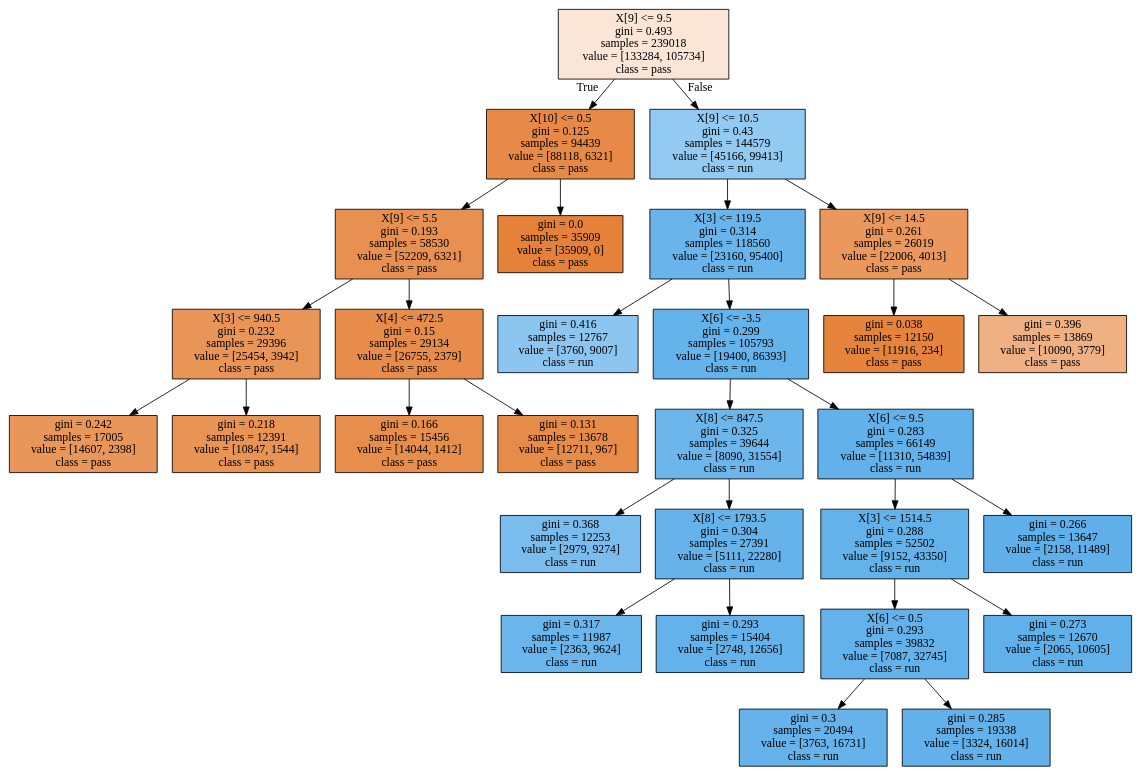
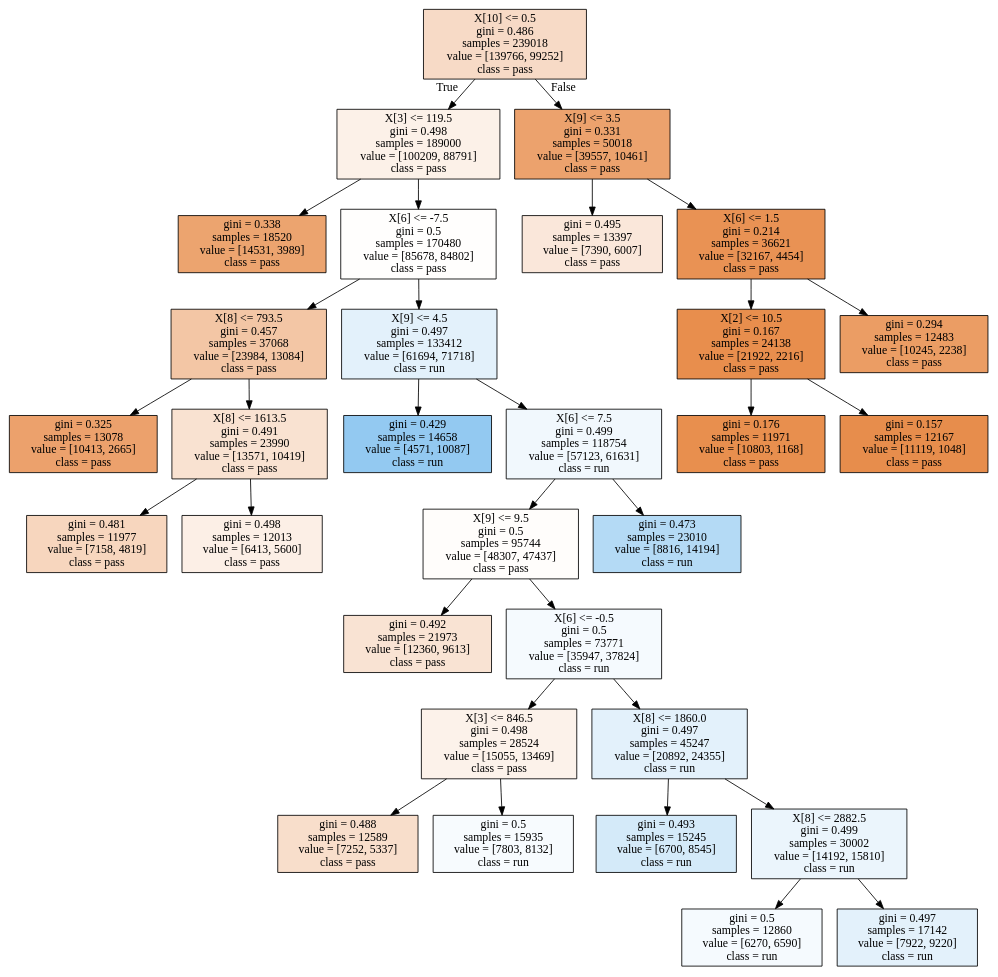
Before and after one commit to dclark87/team_project: the diagram in backend_src/notebooks/tree.dot, drawn with Graphviz. The commit also changed 2 other files, not shown here.

```diff
--- a/backend_src/notebooks/tree.dot
+++ b/backend_src/notebooks/tree.dot
@@ -1,60 +1,64 @@
 digraph Tree {
 node [shape=box, style="filled", color="black"] ;
-0 [label="X[9] <= 9.5\ngini = 0.493\nsamples = 239018\nvalue = [133284, 105734]\nclass = pass", fillcolor="#fae5d6"] ;
-1 [label="X[10] <= 0.5\ngini = 0.125\nsamples = 94439\nvalue = [88118, 6321]\nclass = pass", fillcolor="#e78a47"] ;
+0 [label="X[10] <= 0.5\ngini = 0.486\nsamples = 239018\nvalue = [139766, 99252]\nclass = pass", fillcolor="#f7dac6"] ;
+1 [label="X[3] <= 119.5\ngini = 0.498\nsamples = 189000\nvalue = [100209, 88791]\nclass = pass", fillcolor="#fcf1e8"] ;
 0 -> 1 [labeldistance=2.5, labelangle=45, headlabel="True"] ;
-2 [label="X[9] <= 5.5\ngini = 0.193\nsamples = 58530\nvalue = [52209, 6321]\nclass = pass", fillcolor="#e89051"] ;
+2 [label="gini = 0.338\nsamples = 18520\nvalue = [14531, 3989]\nclass = pass", fillcolor="#eca46f"] ;
 1 -> 2 ;
-3 [label="X[3] <= 940.5\ngini = 0.232\nsamples = 29396\nvalue = [25454, 3942]\nclass = pass", fillcolor="#e99558"] ;
-2 -> 3 ;
-4 [label="gini = 0.242\nsamples = 17005\nvalue = [14607, 2398]\nclass = pass", fillcolor="#e9965a"] ;
+3 [label="X[6] <= -7.5\ngini = 0.5\nsamples = 170480\nvalue = [85678, 84802]\nclass = pass", fillcolor="#fffefd"] ;
+1 -> 3 ;
+4 [label="X[8] <= 793.5\ngini = 0.457\nsamples = 37068\nvalue = [23984, 13084]\nclass = pass", fillcolor="#f3c6a5"] ;
 3 -> 4 ;
-5 [label="gini = 0.218\nsamples = 12391\nvalue = [10847, 1544]\nclass = pass", fillcolor="#e99355"] ;
-3 -> 5 ;
-6 [label="X[4] <= 472.5\ngini = 0.15\nsamples = 29134\nvalue = [26755, 2379]\nclass = pass", fillcolor="#e78c4b"] ;
-2 -> 6 ;
-7 [label="gini = 0.166\nsamples = 15456\nvalue = [14044, 1412]\nclass = pass", fillcolor="#e88e4d"] ;
+5 [label="gini = 0.325\nsamples = 13078\nvalue = [10413, 2665]\nclass = pass", fillcolor="#eca16c"] ;
+4 -> 5 ;
+6 [label="X[8] <= 1613.5\ngini = 0.491\nsamples = 23990\nvalue = [13571, 10419]\nclass = pass", fillcolor="#f9e2d1"] ;
+4 -> 6 ;
+7 [label="gini = 0.481\nsamples = 11977\nvalue = [7158, 4819]\nclass = pass", fillcolor="#f7d6be"] ;
 6 -> 7 ;
-8 [label="gini = 0.131\nsamples = 13678\nvalue = [12711, 967]\nclass = pass", fillcolor="#e78b48"] ;
+8 [label="gini = 0.498\nsamples = 12013\nvalue = [6413, 5600]\nclass = pass", fillcolor="#fcefe6"] ;
 6 -> 8 ;
-9 [label="gini = 0.0\nsamples = 35909\nvalue = [35909, 0]\nclass = pass", fillcolor="#e58139"] ;
-1 -> 9 ;
-10 [label="X[9] <= 10.5\ngini = 0.43\nsamples = 144579\nvalue = [45166, 99413]\nclass = run", fillcolor="#93caf1"] ;
-0 -> 10 [labeldistance=2.5, labelangle=-45, headlabel="False"] ;
-11 [label="X[3] <= 119.5\ngini = 0.314\nsamples = 118560\nvalue = [23160, 95400]\nclass = run", fillcolor="#69b5eb"] ;
-10 -> 11 ;
-12 [label="gini = 0.416\nsamples = 12767\nvalue = [3760, 9007]\nclass = run", fillcolor="#8cc6f0"] ;
+9 [label="X[9] <= 4.5\ngini = 0.497\nsamples = 133412\nvalue = [61694, 71718]\nclass = run", fillcolor="#e3f1fb"] ;
+3 -> 9 ;
+10 [label="gini = 0.429\nsamples = 14658\nvalue = [4571, 10087]\nclass = run", fillcolor="#93c9f1"] ;
+9 -> 10 ;
+11 [label="X[6] <= 7.5\ngini = 0.499\nsamples = 118754\nvalue = [57123, 61631]\nclass = run", fillcolor="#f1f8fd"] ;
+9 -> 11 ;
+12 [label="X[9] <= 9.5\ngini = 0.5\nsamples = 95744\nvalue = [48307, 47437]\nclass = pass", fillcolor="#fffdfb"] ;
 11 -> 12 ;
-13 [label="X[6] <= -3.5\ngini = 0.299\nsamples = 105793\nvalue = [19400, 86393]\nclass = run", fillcolor="#65b3eb"] ;
-11 -> 13 ;
-14 [label="X[8] <= 847.5\ngini = 0.325\nsamples = 39644\nvalue = [8090, 31554]\nclass = run", fillcolor="#6cb6ec"] ;
-13 -> 14 ;
-15 [label="gini = 0.368\nsamples = 12253\nvalue = [2979, 9274]\nclass = run", fillcolor="#79bced"] ;
+13 [label="gini = 0.492\nsamples = 21973\nvalue = [12360, 9613]\nclass = pass", fillcolor="#f9e3d3"] ;
+12 -> 13 ;
+14 [label="X[6] <= -0.5\ngini = 0.5\nsamples = 73771\nvalue = [35947, 37824]\nclass = run", fillcolor="#f5fafe"] ;
+12 -> 14 ;
+15 [label="X[3] <= 846.5\ngini = 0.498\nsamples = 28524\nvalue = [15055, 13469]\nclass = pass", fillcolor="#fcf2ea"] ;
 14 -> 15 ;
-16 [label="X[8] <= 1793.5\ngini = 0.304\nsamples = 27391\nvalue = [5111, 22280]\nclass = run", fillcolor="#66b3eb"] ;
-14 -> 16 ;
-17 [label="gini = 0.317\nsamples = 11987\nvalue = [2363, 9624]\nclass = run", fillcolor="#6ab5eb"] ;
-16 -> 17 ;
-18 [label="gini = 0.293\nsamples = 15404\nvalue = [2748, 12656]\nclass = run", fillcolor="#64b2eb"] ;
-16 -> 18 ;
-19 [label="X[6] <= 9.5\ngini = 0.283\nsamples = 66149\nvalue = [11310, 54839]\nclass = run", fillcolor="#62b1ea"] ;
-13 -> 19 ;
-20 [label="X[3] <= 1514.5\ngini = 0.288\nsamples = 52502\nvalue = [9152, 43350]\nclass = run", fillcolor="#63b2ea"] ;
-19 -> 20 ;
-21 [label="X[6] <= 0.5\ngini = 0.293\nsamples = 39832\nvalue = [7087, 32745]\nclass = run", fillcolor="#64b2eb"] ;
+16 [label="gini = 0.488\nsamples = 12589\nvalue = [7252, 5337]\nclass = pass", fillcolor="#f8decb"] ;
+15 -> 16 ;
+17 [label="gini = 0.5\nsamples = 15935\nvalue = [7803, 8132]\nclass = run", fillcolor="#f7fbfe"] ;
+15 -> 17 ;
+18 [label="X[8] <= 1860.0\ngini = 0.497\nsamples = 45247\nvalue = [20892, 24355]\nclass = run", fillcolor="#e3f1fb"] ;
+14 -> 18 ;
+19 [label="gini = 0.493\nsamples = 15245\nvalue = [6700, 8545]\nclass = run", fillcolor="#d4eaf9"] ;
+18 -> 19 ;
+20 [label="X[8] <= 2882.5\ngini = 0.499\nsamples = 30002\nvalue = [14192, 15810]\nclass = run", fillcolor="#ebf5fc"] ;
+18 -> 20 ;
+21 [label="gini = 0.5\nsamples = 12860\nvalue = [6270, 6590]\nclass = run", fillcolor="#f5fafe"] ;
 20 -> 21 ;
-22 [label="gini = 0.3\nsamples = 20494\nvalue = [3763, 16731]\nclass = run", fillcolor="#66b3eb"] ;
-21 -> 22 ;
-23 [label="gini = 0.285\nsamples = 19338\nvalue = [3324, 16014]\nclass = run", fillcolor="#62b1ea"] ;
-21 -> 23 ;
-24 [label="gini = 0.273\nsamples = 12670\nvalue = [2065, 10605]\nclass = run", fillcolor="#60b0ea"] ;
-20 -> 24 ;
-25 [label="gini = 0.266\nsamples = 13647\nvalue = [2158, 11489]\nclass = run", fillcolor="#5eafea"] ;
-19 -> 25 ;
-26 [label="X[9] <= 14.5\ngini = 0.261\nsamples = 26019\nvalue = [22006, 4013]\nclass = pass", fillcolor="#ea985d"] ;
-10 -> 26 ;
-27 [label="gini = 0.038\nsamples = 12150\nvalue = [11916, 234]\nclass = pass", fillcolor="#e6833d"] ;
+22 [label="gini = 0.497\nsamples = 17142\nvalue = [7922, 9220]\nclass = run", fillcolor="#e3f1fb"] ;
+20 -> 22 ;
+23 [label="gini = 0.473\nsamples = 23010\nvalue = [8816, 14194]\nclass = run", fillcolor="#b4daf5"] ;
+11 -> 23 ;
+24 [label="X[9] <= 3.5\ngini = 0.331\nsamples = 50018\nvalue = [39557, 10461]\nclass = pass", fillcolor="#eca26d"] ;
+0 -> 24 [labeldistance=2.5, labelangle=-45, headlabel="False"] ;
+25 [label="gini = 0.495\nsamples = 13397\nvalue = [7390, 6007]\nclass = pass", fillcolor="#fae7da"] ;
+24 -> 25 ;
+26 [label="X[6] <= 1.5\ngini = 0.214\nsamples = 36621\nvalue = [32167, 4454]\nclass = pass", fillcolor="#e99254"] ;
+24 -> 26 ;
+27 [label="X[2] <= 10.5\ngini = 0.167\nsamples = 24138\nvalue = [21922, 2216]\nclass = pass", fillcolor="#e88e4d"] ;
 26 -> 27 ;
-28 [label="gini = 0.396\nsamples = 13869\nvalue = [10090, 3779]\nclass = pass", fillcolor="#efb083"] ;
-26 -> 28 ;
+28 [label="gini = 0.176\nsamples = 11971\nvalue = [10803, 1168]\nclass = pass", fillcolor="#e88f4e"] ;
+27 -> 28 ;
+29 [label="gini = 0.157\nsamples = 12167\nvalue = [11119, 1048]\nclass = pass", fillcolor="#e78d4c"] ;
+27 -> 29 ;
+30 [label="gini = 0.294\nsamples = 12483\nvalue = [10245, 2238]\nclass = pass", fillcolor="#eb9d64"] ;
+26 -> 30 ;
 }
```
